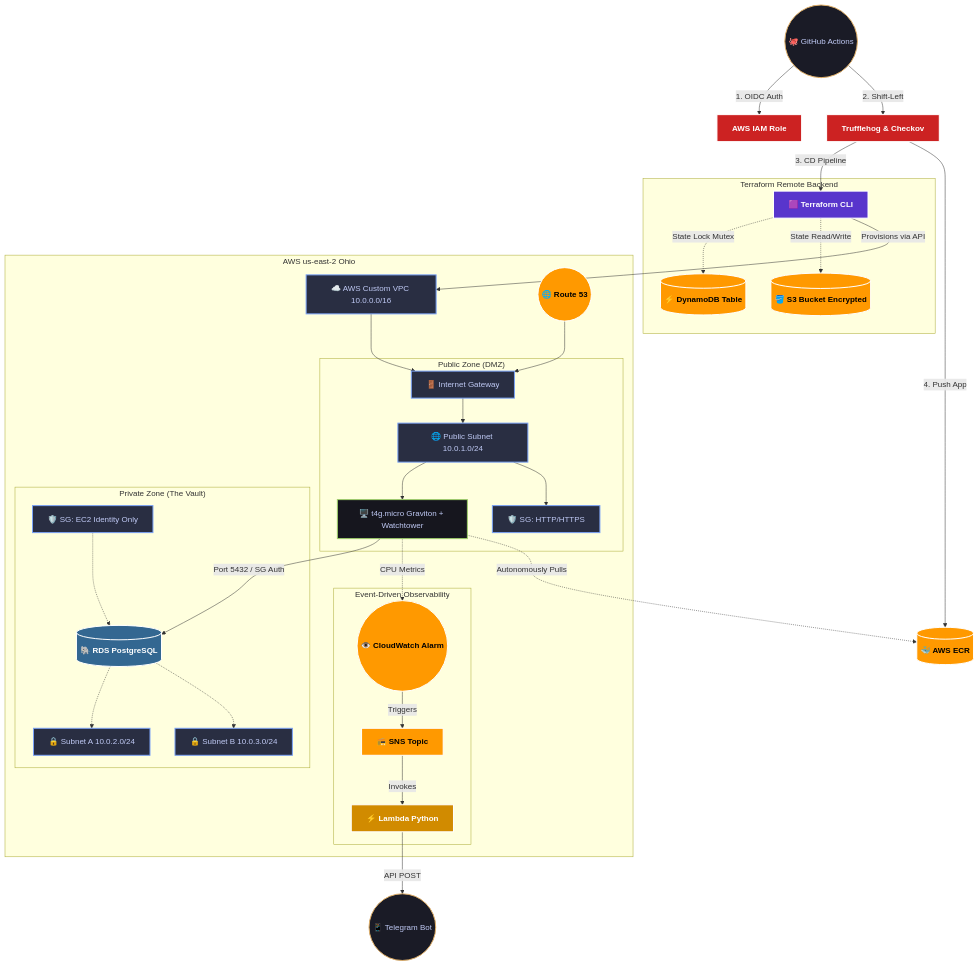
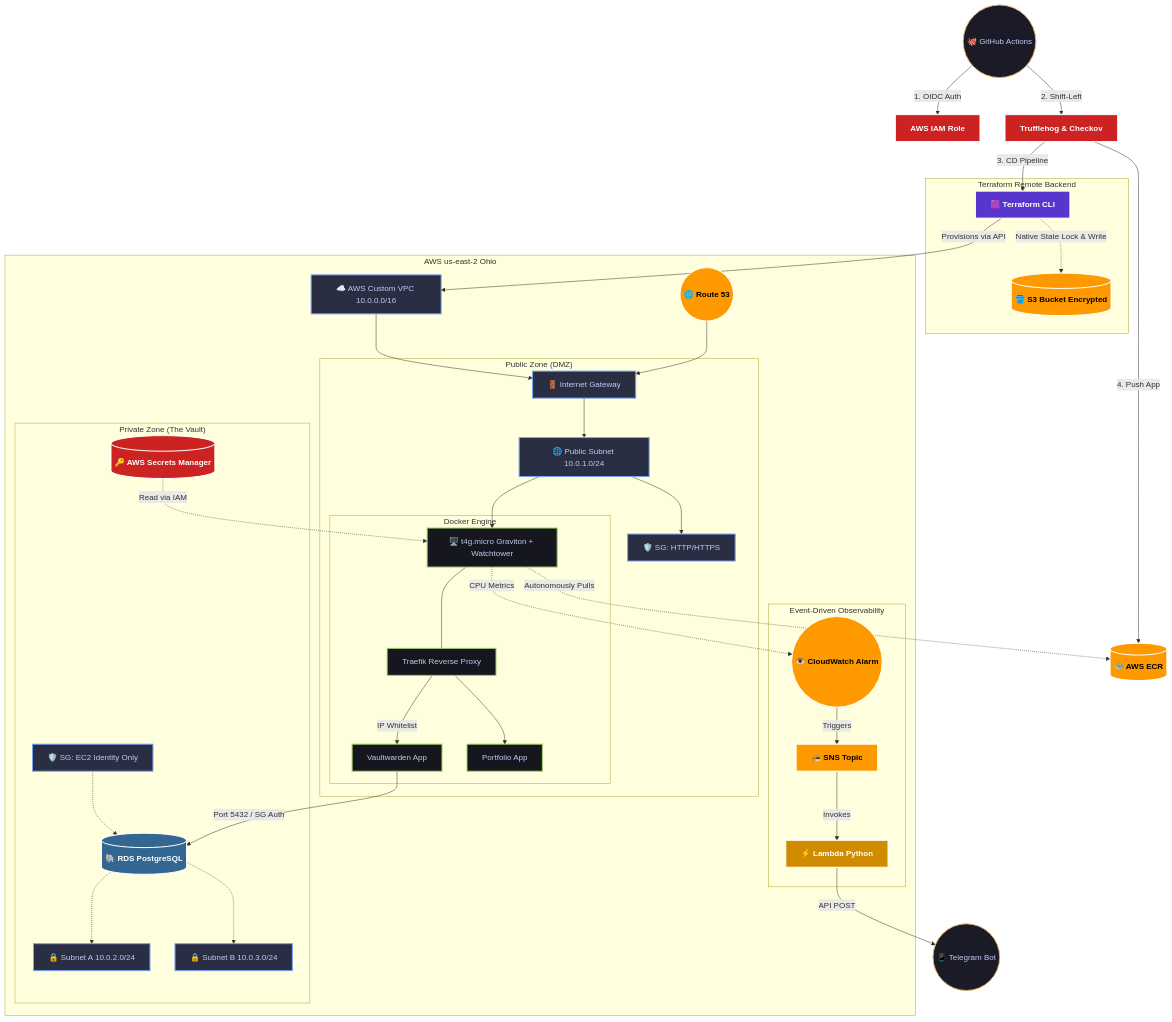
The diagram in README.md (ezequieldlv/mysstic-cloud), drawn with Mermaid before and after one commit. The commit also changed other lines of this file and 2 other files, not shown here.

Commit message:
feat(docs): enhance README with Vaultwarden backend details and update state management description
fix(ansible): streamline Docker repository configuration in main.yml

fix(ansible): update AWS Secrets Manager command for database credentials retrieval in portfolio tasks

````diff
--- a/README.md
+++ b/README.md
@@ -30,50 +30,57 @@
 ```mermaid
 graph TD
     classDef aws fill:#FF9900,stroke:#fff,stroke-width:2px,color:#000,font-weight:bold
     classDef tf fill:#5835CC,stroke:#fff,stroke-width:2px,color:#fff,font-weight:bold
     classDef cicd fill:#1a1b26,stroke:#e0af68,stroke-width:2px,color:#c0caf5
     classDef net fill:#292e42,stroke:#7aa2f7,stroke-width:2px,color:#c0caf5
     classDef compute fill:#16161e,stroke:#9ece6a,stroke-width:2px,color:#c0caf5
     classDef db fill:#336791,stroke:#fff,stroke-width:2px,color:#fff,font-weight:bold
     classDef sec fill:#cc2222,stroke:#fff,stroke-width:2px,color:#fff,font-weight:bold
     classDef serverless fill:#D18B00,stroke:#fff,stroke-width:2px,color:#fff,font-weight:bold
 
     GitHub((🐙 GitHub Actions)):::cicd -->|1. OIDC Auth| IAM[AWS IAM Role]:::sec
     GitHub -->|2. Shift-Left| SecGates[Trufflehog & Checkov]:::sec
     SecGates -->|3. CD Pipeline| TF[🟪 Terraform CLI]:::tf
     SecGates -->|4. Push App| ECR[(🐳 AWS ECR)]:::aws
 
     subgraph "Terraform Remote Backend"
-        TF -.->|State Lock Mutex| Dynamo[(⚡ DynamoDB Table)]:::aws
-        TF -.->|State Read/Write| S3[(🪣 S3 Bucket Encrypted)]:::aws
+        TF -.->|Native State Lock & Write| S3[(🪣 S3 Bucket Encrypted)]:::aws
     end
 
     TF -->|Provisions via API| VPC[☁️ AWS Custom VPC 10.0.0.0/16]:::net
 
     subgraph "AWS us-east-2 Ohio"
         Route53((🌐 Route 53)):::aws --> IGW
         VPC --> IGW[🚪 Internet Gateway]:::net
 
         subgraph "Public Zone (DMZ)"
             IGW --> PubSub[🌐 Public Subnet 10.0.1.0/24]:::net
             PubSub --> EC2[🖥️ t4g.micro Graviton + Watchtower]:::compute
+
+            subgraph "Docker Engine"
+                EC2 --- Traefik[Traefik Reverse Proxy]:::compute
+                Traefik -->|IP Whitelist| Vault[Vaultwarden App]:::compute
+                Traefik --> Portfolio[Portfolio App]:::compute
+            end
+
             PubSub --> SG1[🛡️ SG: HTTP/HTTPS]:::net
         end
 
         subgraph "Private Zone (The Vault)"
-            EC2 -->|Port 5432 / SG Auth| RDS[(🐘 RDS PostgreSQL)]:::db
+            Vault -->|Port 5432 / SG Auth| RDS[(🐘 RDS PostgreSQL)]:::db
             RDS -.-> PrivSub1[🔒 Subnet A 10.0.2.0/24]:::net
             RDS -.-> PrivSub2[🔒 Subnet B 10.0.3.0/24]:::net
             SG2[🛡️ SG: EC2 Identity Only]:::net -.-> RDS
+            Secrets[(🔑 AWS Secrets Manager)]:::sec -.->|Read via IAM| EC2
         end
 
         subgraph "Event-Driven Observability"
             EC2 -.->|CPU Metrics| CW((👁️ CloudWatch Alarm)):::aws
             CW -->|Triggers| SNS[📻 SNS Topic]:::aws
             SNS -->|Invokes| Lambda[⚡ Lambda Python]:::serverless
         end
     end
 
     EC2 -.->|Autonomously Pulls| ECR
     Lambda -->|API POST| Telegram((📱 Telegram Bot)):::cicd
 ```
````
